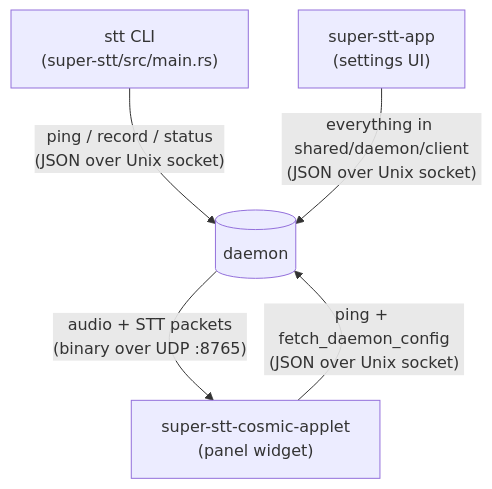
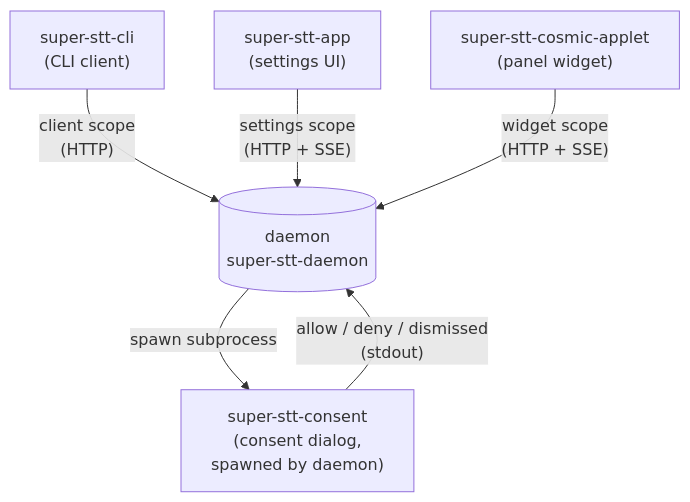
One commit to haydonryan/super-stt changed the second of 3 diagrams in docs/current-state.md. Above: the diagram before and after it, drawn with Mermaid. The commit also changed other lines of this file and 68 other files, not shown here.

````diff
--- a/docs/current-state.md
+++ b/docs/current-state.md
@@ -52,12 +92,14 @@
 ```mermaid
 flowchart TD
-    daemon[(daemon)]
-    cli["stt CLI<br/>(super-stt/src/main.rs)"]
+    daemon[(daemon<br/>super-stt-daemon)]
+    cli["super-stt-cli<br/>(CLI client)"]
     app["super-stt-app<br/>(settings UI)"]
     applet["super-stt-cosmic-applet<br/>(panel widget)"]
+    consent["super-stt-consent<br/>(consent dialog,<br/>spawned by daemon)"]
 
-    cli -- "ping / record / status<br/>(JSON over Unix socket)" --> daemon
-    app -- "everything in shared/daemon/client<br/>(JSON over Unix socket)" --> daemon
-    applet -- "ping + fetch_daemon_config<br/>(JSON over Unix socket)" --> daemon
-    daemon -- "audio + STT packets<br/>(binary over UDP :8765)" --> applet
+    cli  -- "client scope<br/>(HTTP)" --> daemon
+    app  -- "settings scope<br/>(HTTP + SSE)" --> daemon
+    applet -- "widget scope<br/>(HTTP + SSE)" --> daemon
+    daemon -- spawn subprocess --> consent
+    consent -- "allow / deny / dismissed<br/>(stdout)" --> daemon
 ```
````
